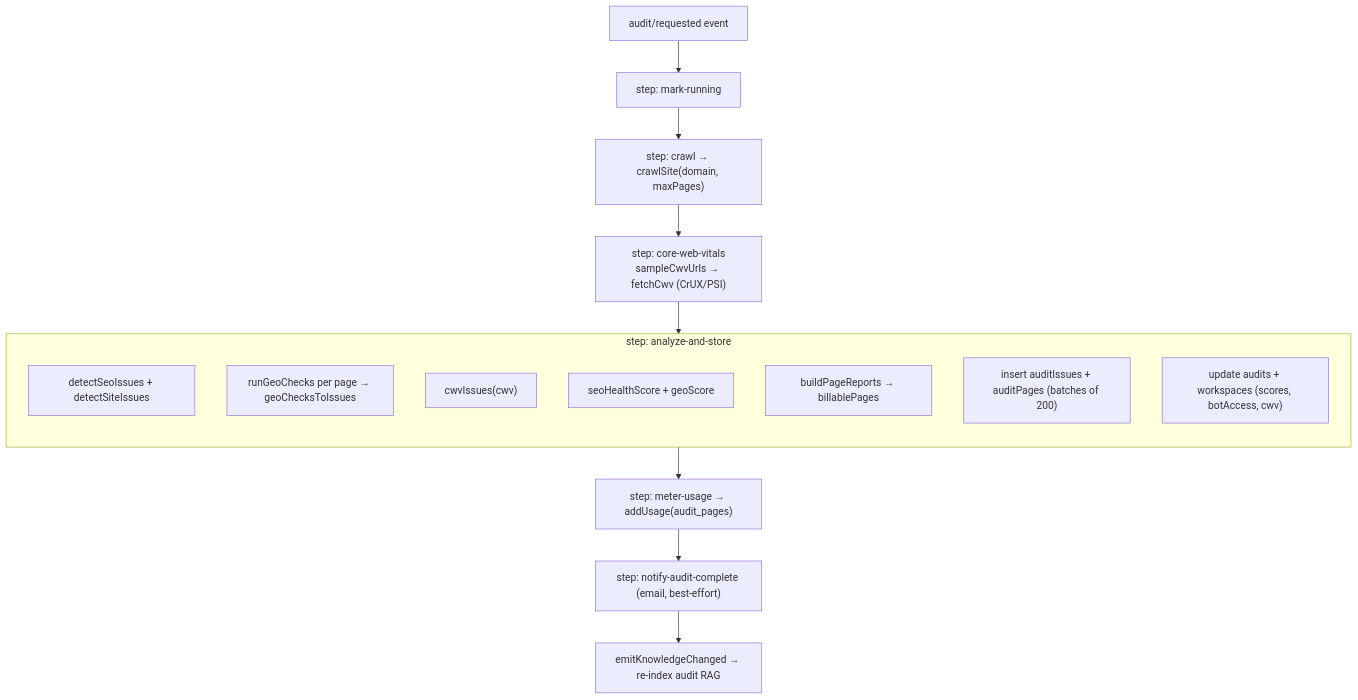
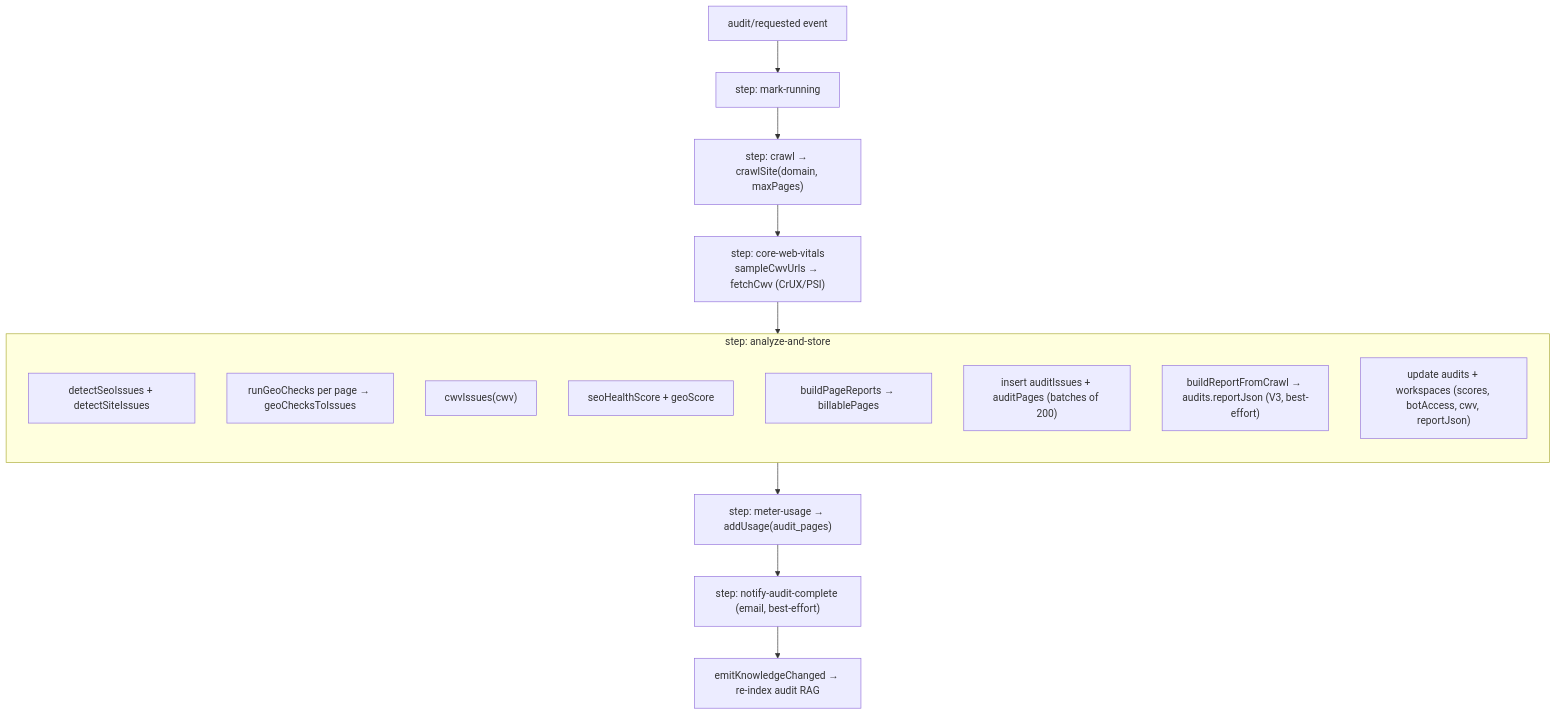
One commit to biplobghatak/documentation changed the first of 2 diagrams in backend/audit.mdx. Above: the diagram before and after it, drawn with Mermaid. The commit also changed other lines of this file and 34 other files, not shown here.

````diff
--- a/backend/audit.mdx
+++ b/backend/audit.mdx
@@ -55,20 +55,21 @@
 ```mermaid
 flowchart TD
   T["audit/requested event"] --> M["step: mark-running"]
   M --> C["step: crawl → crawlSite(domain, maxPages)"]
   C --> V["step: core-web-vitals<br/>sampleCwvUrls → fetchCwv (CrUX/PSI)"]
   V --> ANALYZE
   subgraph ANALYZE["step: analyze-and-store"]
     direction TB
     A1["detectSeoIssues + detectSiteIssues"]
     A2["runGeoChecks per page → geoChecksToIssues"]
     A3["cwvIssues(cwv)"]
     A4["seoHealthScore + geoScore"]
     A5["buildPageReports → billablePages"]
     A6["insert auditIssues + auditPages (batches of 200)"]
-    A7["update audits + workspaces (scores, botAccess, cwv)"]
+    A7["buildReportFromCrawl → audits.reportJson (V3, best-effort)"]
+    A8["update audits + workspaces (scores, botAccess, cwv, reportJson)"]
   end
   ANALYZE --> U["step: meter-usage → addUsage(audit_pages)"]
   U --> N["step: notify-audit-complete (email, best-effort)"]
   N --> K["emitKnowledgeChanged → re-index audit RAG"]
 ```
````
